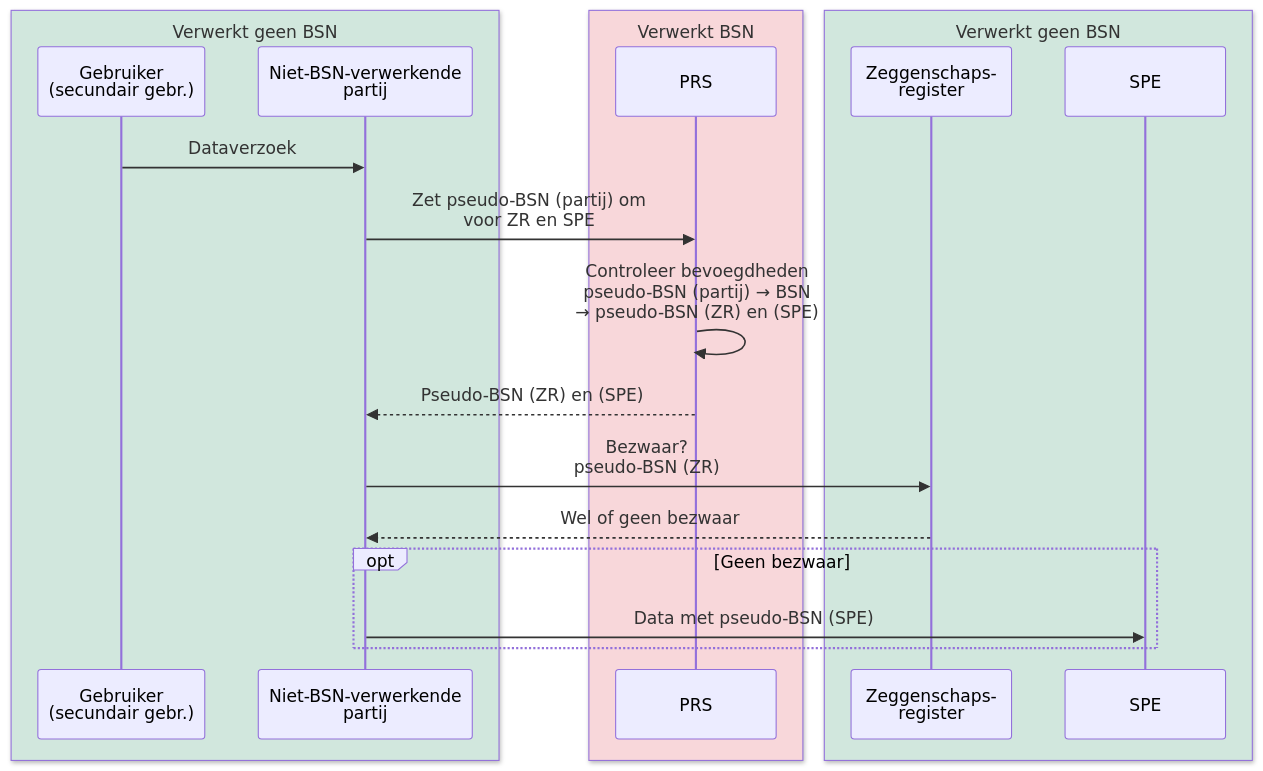
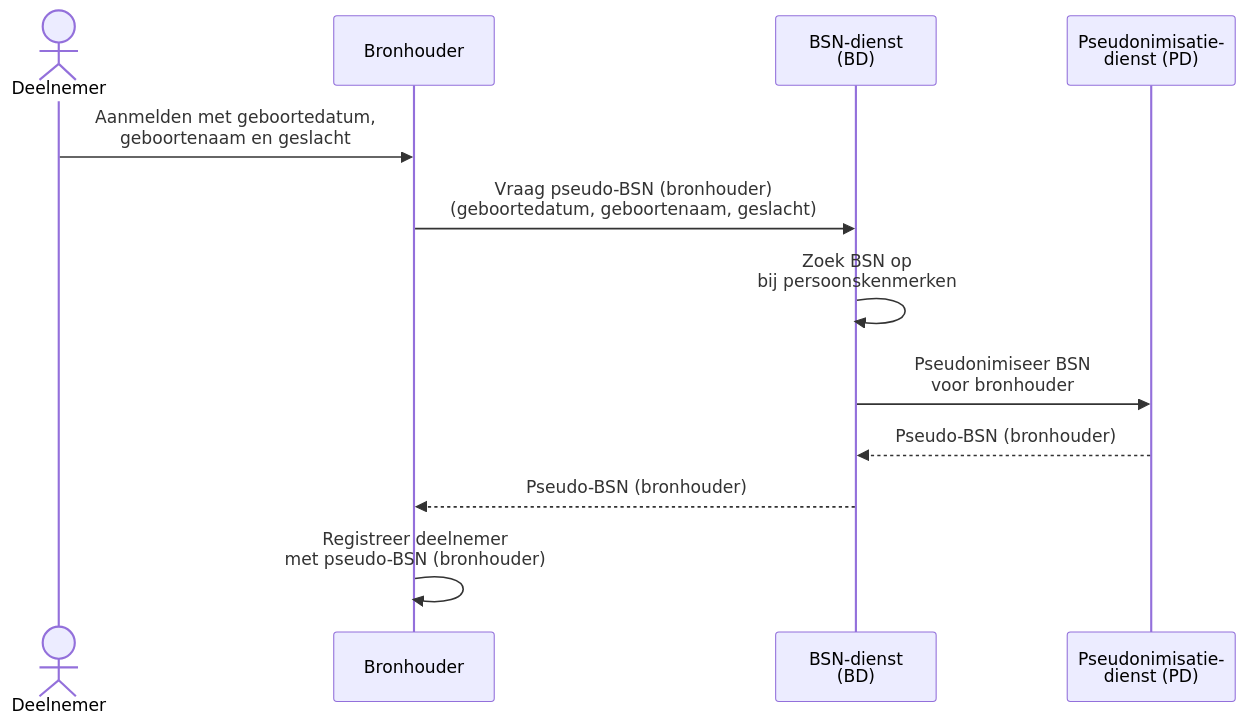
One commit to minvws/generiekefuncties-docs changed the fourth of 9 diagrams in input/pagecontent/identification-sg.md. Above: the diagram before and after it, drawn with Mermaid. The commit also changed other lines of this file and 1 other file, not shown here.

````diff
--- a/input/pagecontent/identification-sg.md
+++ b/input/pagecontent/identification-sg.md
@@ -264,24 +251,15 @@
 ```mermaid
 sequenceDiagram
-    box rgb(209,231,221) Verwerkt geen BSN
-        participant gebruiker as Gebruiker<br/>(secundair gebr.)
-        participant partij as Niet-BSN-verwerkende<br/>partij
-    end
-    box rgb(248,215,218) Verwerkt BSN
-        participant prs as PRS
-    end
-    box rgb(209,231,221) Verwerkt geen BSN
-        participant zr as Zeggenschaps-<br/>register
-        participant spe as SPE
-    end
+    actor deelnemer as Deelnemer
+    participant bronhouder as Bronhouder
+    participant bd as BSN-dienst<br/>(BD)
+    participant pd as Pseudonimisatie-<br/>dienst (PD)
 
-    gebruiker->>partij: Dataverzoek
-    partij->>prs: Zet pseudo-BSN (partij) om<br/>voor ZR en SPE
-    prs->>prs: Controleer bevoegdheden<br/>pseudo-BSN (partij) → BSN<br/>→ pseudo-BSN (ZR) en (SPE)
-    prs-->>partij: Pseudo-BSN (ZR) en (SPE)
-    partij->>zr: Bezwaar?<br/>pseudo-BSN (ZR)
-    zr-->>partij: Wel of geen bezwaar
-    opt Geen bezwaar
-        partij->>spe: Data met pseudo-BSN (SPE)
-    end
+    deelnemer->>bronhouder: Aanmelden met geboortedatum,<br/>geboortenaam en geslacht
+    bronhouder->>bd: Vraag pseudo-BSN (bronhouder)<br/>(geboortedatum, geboortenaam, geslacht)
+    bd->>bd: Zoek BSN op<br/>bij persoonskenmerken
+    bd->>pd: Pseudonimiseer BSN<br/>voor bronhouder
+    pd-->>bd: Pseudo-BSN (bronhouder)
+    bd-->>bronhouder: Pseudo-BSN (bronhouder)
+    bronhouder->>bronhouder: Registreer deelnemer<br/>met pseudo-BSN (bronhouder)
 ```
````
